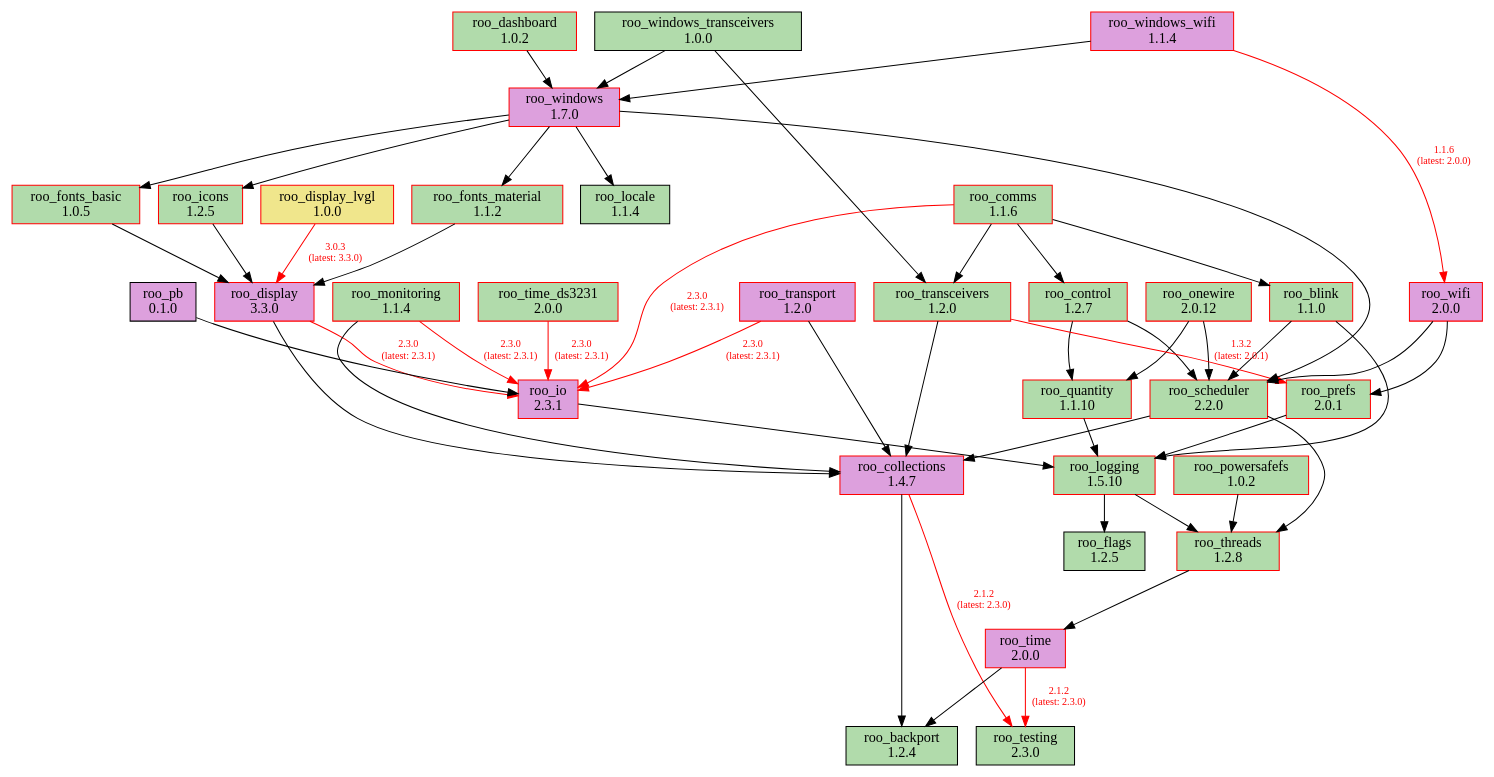
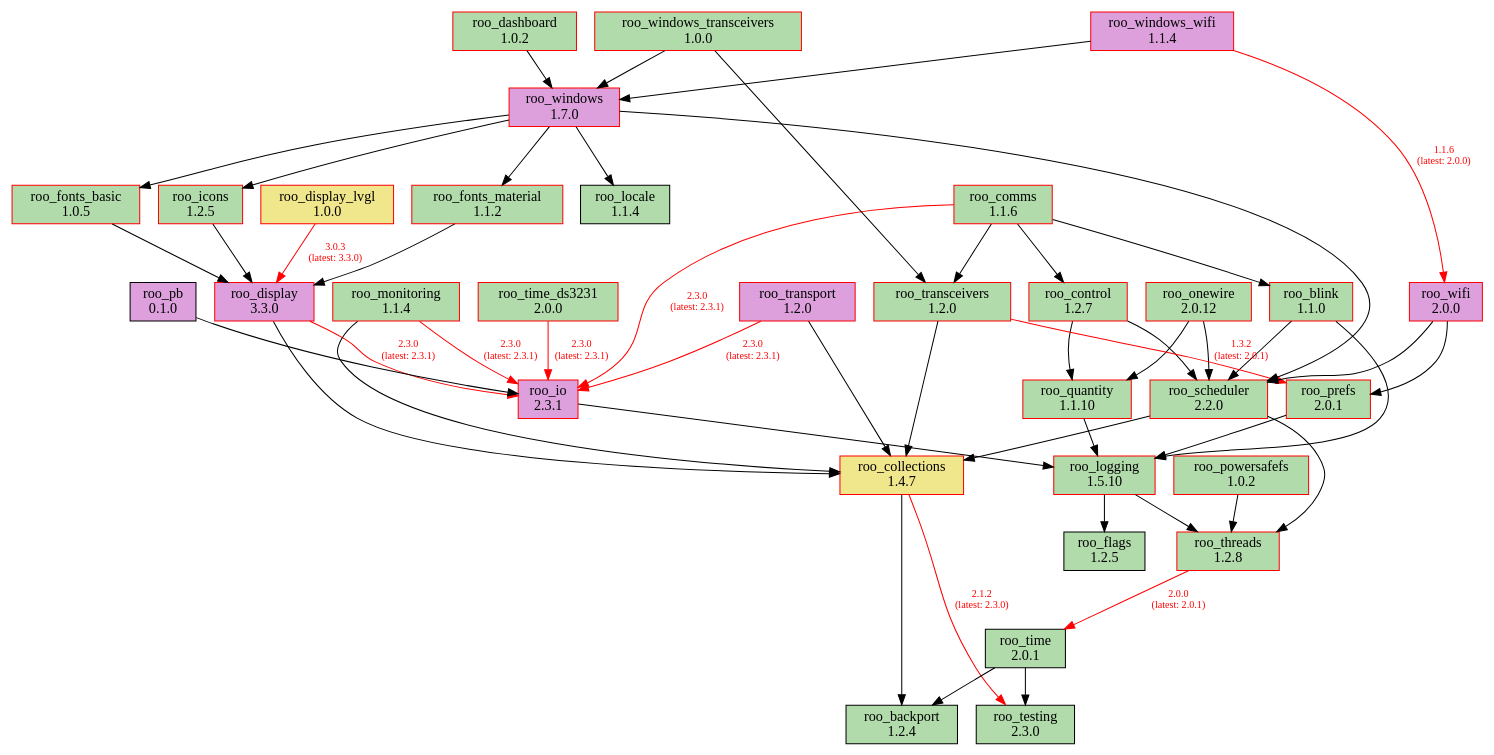
The diagram in doc/dependencies.dot (dejwk/roo-registry), drawn with Graphviz before and after one commit. The commit also changed 3 other files, not shown here.

Commit message:
Added roo_time 2.0.1 to the registry.

```diff
--- a/doc/dependencies.dot
+++ b/doc/dependencies.dot
@@ -1,90 +1,90 @@
 digraph dependencies {
     rankdir=TB;
     node [shape=box, style=filled];
     edge [fontsize=10];
 
     // Modules
     "roo_backport" [label="roo_backport\n1.2.4", fillcolor="#b1dbab", color="black"];
     "roo_blink" [label="roo_blink\n1.1.0", fillcolor="#b1dbab", color="red"];
-    "roo_collections" [label="roo_collections\n1.4.7", fillcolor="plum", color="red"];
+    "roo_collections" [label="roo_collections\n1.4.7", fillcolor="khaki", color="red"];
     "roo_comms" [label="roo_comms\n1.1.6", fillcolor="#b1dbab", color="red"];
     "roo_control" [label="roo_control\n1.2.7", fillcolor="#b1dbab", color="red"];
     "roo_dashboard" [label="roo_dashboard\n1.0.2", fillcolor="#b1dbab", color="red"];
     "roo_display" [label="roo_display\n3.3.0", fillcolor="plum", color="red"];
     "roo_display_lvgl" [label="roo_display_lvgl\n1.0.0", fillcolor="khaki", color="red"];
     "roo_flags" [label="roo_flags\n1.2.5", fillcolor="#b1dbab", color="black"];
     "roo_fonts_basic" [label="roo_fonts_basic\n1.0.5", fillcolor="#b1dbab", color="red"];
     "roo_fonts_material" [label="roo_fonts_material\n1.1.2", fillcolor="#b1dbab", color="red"];
     "roo_icons" [label="roo_icons\n1.2.5", fillcolor="#b1dbab", color="red"];
     "roo_io" [label="roo_io\n2.3.1", fillcolor="plum", color="red"];
     "roo_locale" [label="roo_locale\n1.1.4", fillcolor="#b1dbab", color="black"];
     "roo_logging" [label="roo_logging\n1.5.10", fillcolor="#b1dbab", color="red"];
     "roo_monitoring" [label="roo_monitoring\n1.1.4", fillcolor="#b1dbab", color="red"];
     "roo_onewire" [label="roo_onewire\n2.0.12", fillcolor="#b1dbab", color="red"];
     "roo_pb" [label="roo_pb\n0.1.0", fillcolor="plum", color="black"];
     "roo_powersafefs" [label="roo_powersafefs\n1.0.2", fillcolor="#b1dbab", color="red"];
     "roo_prefs" [label="roo_prefs\n2.0.1", fillcolor="#b1dbab", color="red"];
     "roo_quantity" [label="roo_quantity\n1.1.10", fillcolor="#b1dbab", color="red"];
     "roo_scheduler" [label="roo_scheduler\n2.2.0", fillcolor="#b1dbab", color="red"];
     "roo_testing" [label="roo_testing\n2.3.0", fillcolor="#b1dbab", color="black"];
     "roo_threads" [label="roo_threads\n1.2.8", fillcolor="#b1dbab", color="red"];
-    "roo_time" [label="roo_time\n2.0.0", fillcolor="plum", color="red"];
+    "roo_time" [label="roo_time\n2.0.1", fillcolor="#b1dbab", color="black"];
     "roo_time_ds3231" [label="roo_time_ds3231\n2.0.0", fillcolor="#b1dbab", color="red"];
     "roo_transceivers" [label="roo_transceivers\n1.2.0", fillcolor="#b1dbab", color="red"];
     "roo_transport" [label="roo_transport\n1.2.0", fillcolor="plum", color="red"];
     "roo_wifi" [label="roo_wifi\n2.0.0", fillcolor="plum", color="red"];
     "roo_windows" [label="roo_windows\n1.7.0", fillcolor="plum", color="red"];
-    "roo_windows_transceivers" [label="roo_windows_transceivers\n1.0.0", fillcolor="#b1dbab", color="black"];
+    "roo_windows_transceivers" [label="roo_windows_transceivers\n1.0.0", fillcolor="#b1dbab", color="red"];
     "roo_windows_wifi" [label="roo_windows_wifi\n1.1.4", fillcolor="plum", color="red"];
 
     // Dependencies
     "roo_blink" -> "roo_logging";
     "roo_blink" -> "roo_scheduler";
     "roo_collections" -> "roo_testing" [color=red, fontcolor=red, label="2.1.2\n(latest: 2.3.0)"];
     "roo_collections" -> "roo_backport";
     "roo_comms" -> "roo_blink";
     "roo_comms" -> "roo_control";
     "roo_comms" -> "roo_io" [color=red, fontcolor=red, label="2.3.0\n(latest: 2.3.1)"];
     "roo_comms" -> "roo_transceivers";
     "roo_control" -> "roo_quantity";
     "roo_control" -> "roo_scheduler";
     "roo_dashboard" -> "roo_windows";
     "roo_display" -> "roo_collections";
     "roo_display" -> "roo_io" [color=red, fontcolor=red, label="2.3.0\n(latest: 2.3.1)"];
     "roo_display_lvgl" -> "roo_display" [color=red, fontcolor=red, label="3.0.3\n(latest: 3.3.0)"];
     "roo_fonts_basic" -> "roo_display";
     "roo_fonts_material" -> "roo_display";
     "roo_icons" -> "roo_display";
     "roo_io" -> "roo_logging";
     "roo_logging" -> "roo_flags";
     "roo_logging" -> "roo_threads";
     "roo_monitoring" -> "roo_collections";
     "roo_monitoring" -> "roo_io" [color=red, fontcolor=red, label="2.3.0\n(latest: 2.3.1)"];
     "roo_onewire" -> "roo_scheduler";
     "roo_onewire" -> "roo_quantity";
     "roo_pb" -> "roo_io";
     "roo_powersafefs" -> "roo_threads";
     "roo_prefs" -> "roo_logging";
     "roo_quantity" -> "roo_logging";
     "roo_scheduler" -> "roo_collections";
     "roo_scheduler" -> "roo_threads";
-    "roo_threads" -> "roo_time";
-    "roo_time" -> "roo_testing" [color=red, fontcolor=red, label="2.1.2\n(latest: 2.3.0)"];
+    "roo_threads" -> "roo_time" [color=red, fontcolor=red, label="2.0.0\n(latest: 2.0.1)"];
+    "roo_time" -> "roo_testing";
     "roo_time" -> "roo_backport";
     "roo_time_ds3231" -> "roo_io" [color=red, fontcolor=red, label="2.3.0\n(latest: 2.3.1)"];
     "roo_transceivers" -> "roo_collections";
     "roo_transceivers" -> "roo_prefs" [color=red, fontcolor=red, label="1.3.2\n(latest: 2.0.1)"];
     "roo_transport" -> "roo_collections";
     "roo_transport" -> "roo_io" [color=red, fontcolor=red, label="2.3.0\n(latest: 2.3.1)"];
     "roo_wifi" -> "roo_prefs";
     "roo_wifi" -> "roo_scheduler";
     "roo_windows" -> "roo_fonts_basic";
     "roo_windows" -> "roo_fonts_material";
     "roo_windows" -> "roo_locale";
     "roo_windows" -> "roo_icons";
     "roo_windows" -> "roo_scheduler";
     "roo_windows_transceivers" -> "roo_transceivers";
     "roo_windows_transceivers" -> "roo_windows";
     "roo_windows_wifi" -> "roo_wifi" [color=red, fontcolor=red, label="1.1.6\n(latest: 2.0.0)"];
     "roo_windows_wifi" -> "roo_windows";
 }
```
